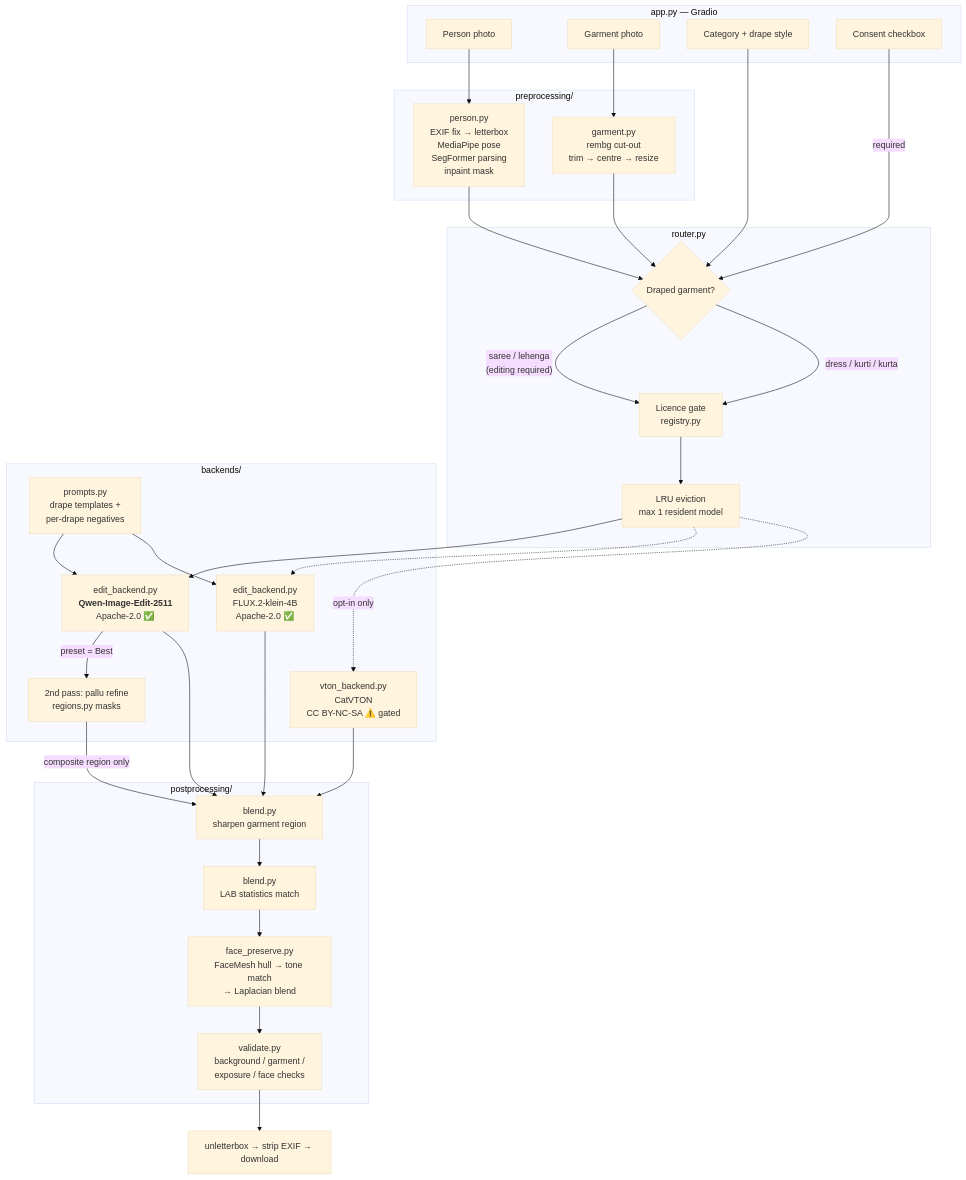
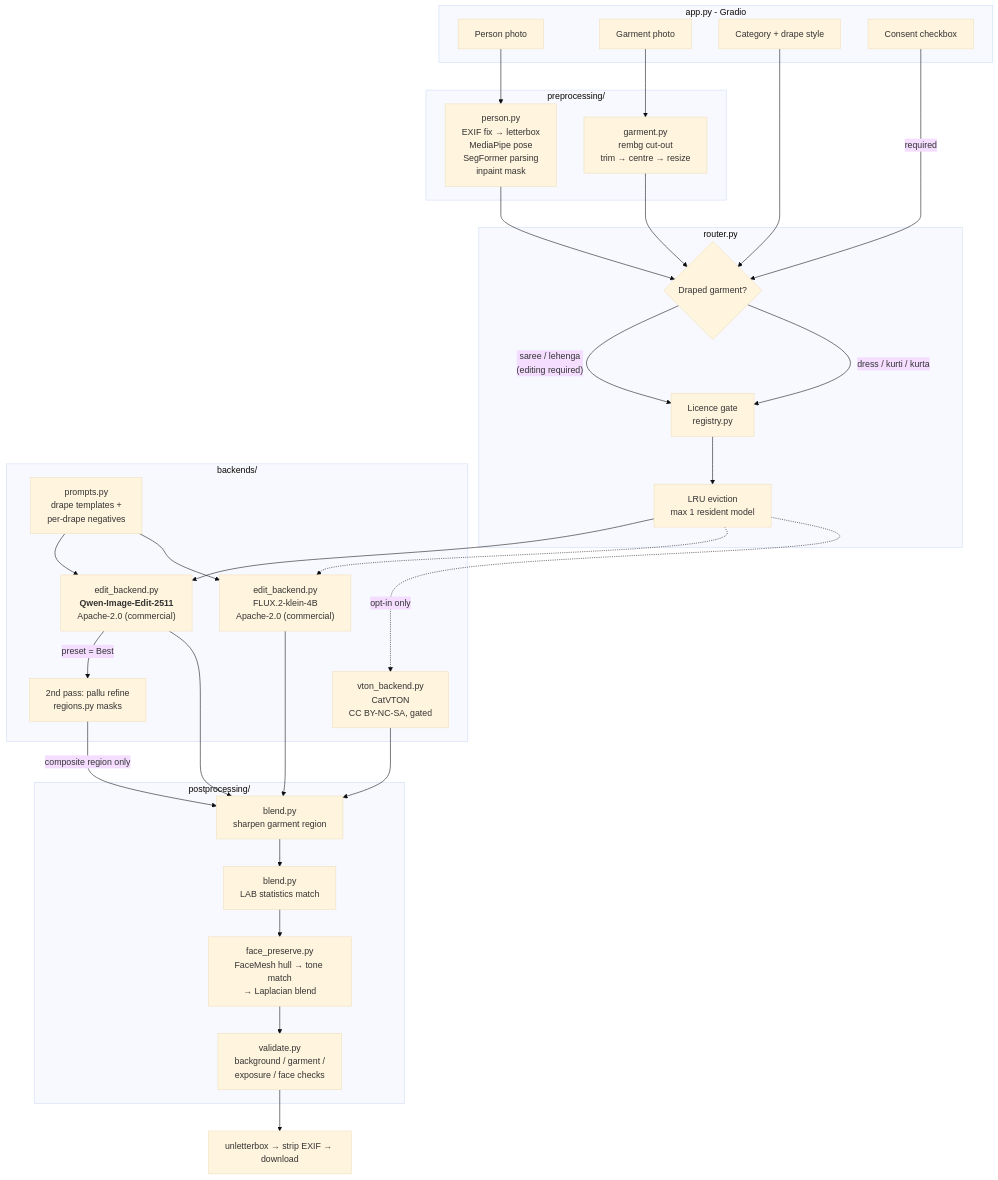
Before and after one commit to Satya141/ai-trial-room: the diagram in README.md, drawn with Mermaid (base theme). The commit also changed other lines of this file and 11 other files, not shown here.

````diff
--- a/README.md
+++ b/README.md
@@ -77,57 +77,57 @@
 ```mermaid
 flowchart TD
-    subgraph UI["app.py — Gradio"]
+    subgraph UI["app.py - Gradio"]
         U1[Person photo]
         U2[Garment photo]
         U3[Category + drape style]
         U4[Consent checkbox]
     end
 
     subgraph PRE["preprocessing/"]
         P1["person.py<br/>EXIF fix → letterbox<br/>MediaPipe pose<br/>SegFormer parsing<br/>inpaint mask"]
         P2["garment.py<br/>rembg cut-out<br/>trim → centre → resize"]
     end
 
     subgraph ROUTE["router.py"]
         R1{"Draped garment?"}
         R2["Licence gate<br/>registry.py"]
         R3["LRU eviction<br/>max 1 resident model"]
     end
 
     subgraph BE["backends/"]
-        B1["edit_backend.py<br/><b>Qwen-Image-Edit-2511</b><br/>Apache-2.0 ✅"]
-        B2["edit_backend.py<br/>FLUX.2-klein-4B<br/>Apache-2.0 ✅"]
-        B3["vton_backend.py<br/>CatVTON<br/>CC BY-NC-SA ⚠️ gated"]
+        B1["edit_backend.py<br/><b>Qwen-Image-Edit-2511</b><br/>Apache-2.0 (commercial)"]
+        B2["edit_backend.py<br/>FLUX.2-klein-4B<br/>Apache-2.0 (commercial)"]
+        B3["vton_backend.py<br/>CatVTON<br/>CC BY-NC-SA, gated"]
         B4["prompts.py<br/>drape templates +<br/>per-drape negatives"]
         B5["2nd pass: pallu refine<br/>regions.py masks"]
     end
 
     subgraph POST["postprocessing/"]
         O0["blend.py<br/>sharpen garment region"]
         O2["blend.py<br/>LAB statistics match"]
         O1["face_preserve.py<br/>FaceMesh hull → tone match<br/>→ Laplacian blend"]
         O3["validate.py<br/>background / garment /<br/>exposure / face checks"]
     end
 
     U1 --> P1
     U2 --> P2
     U3 --> R1
     U4 -->|required| R1
 
     P1 --> R1
     P2 --> R1
     R1 -->|"saree / lehenga<br/>(editing required)"| R2
     R1 -->|"dress / kurti / kurta"| R2
     R2 --> R3
     R3 --> B1
     R3 -.-> B2
     R3 -.->|opt-in only| B3
     B4 --> B1
     B4 --> B2
     B1 -->|"preset = Best"| B5
     B5 -->|composite region only| O0
 
     B1 --> O0 --> O2 --> O1 --> O3 --> F["unletterbox → strip EXIF → download"]
     B2 --> O0
     B3 --> O0
 ```
````
